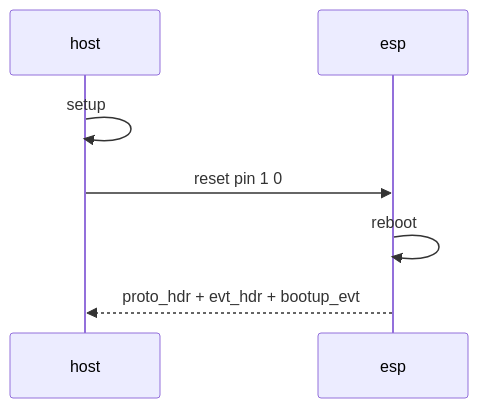
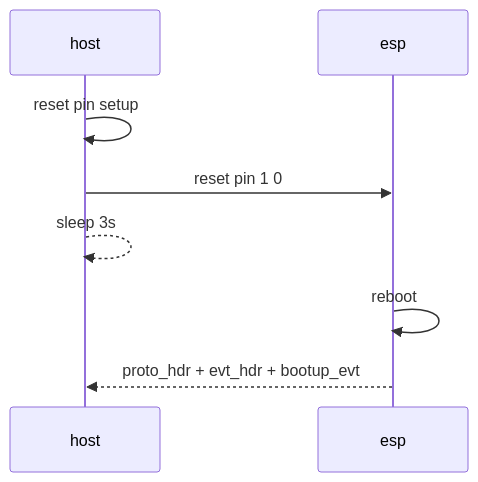
The diagram in README.md (jin-iot/esp-hosted-zephyr), drawn with Mermaid before and after one commit. The commit also changed other lines of this file and 3 other files, not shown here.

````diff
--- a/README.md
+++ b/README.md
@@ -114,7 +162,8 @@
     ```mermaid
     sequenceDiagram
-    host->>host: setup
+    host->>host: reset pin setup
     host->>esp: reset pin 1 0
+    host-->>host: sleep 3s
     esp->>esp: reboot
     esp-->>host: proto_hdr + evt_hdr + bootup_evt
     ```
````
